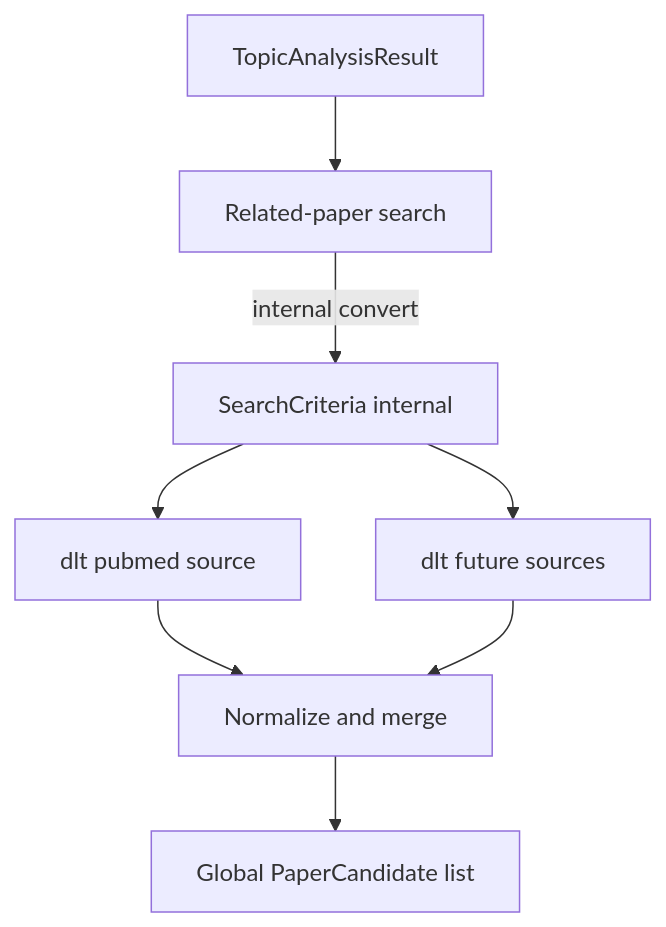
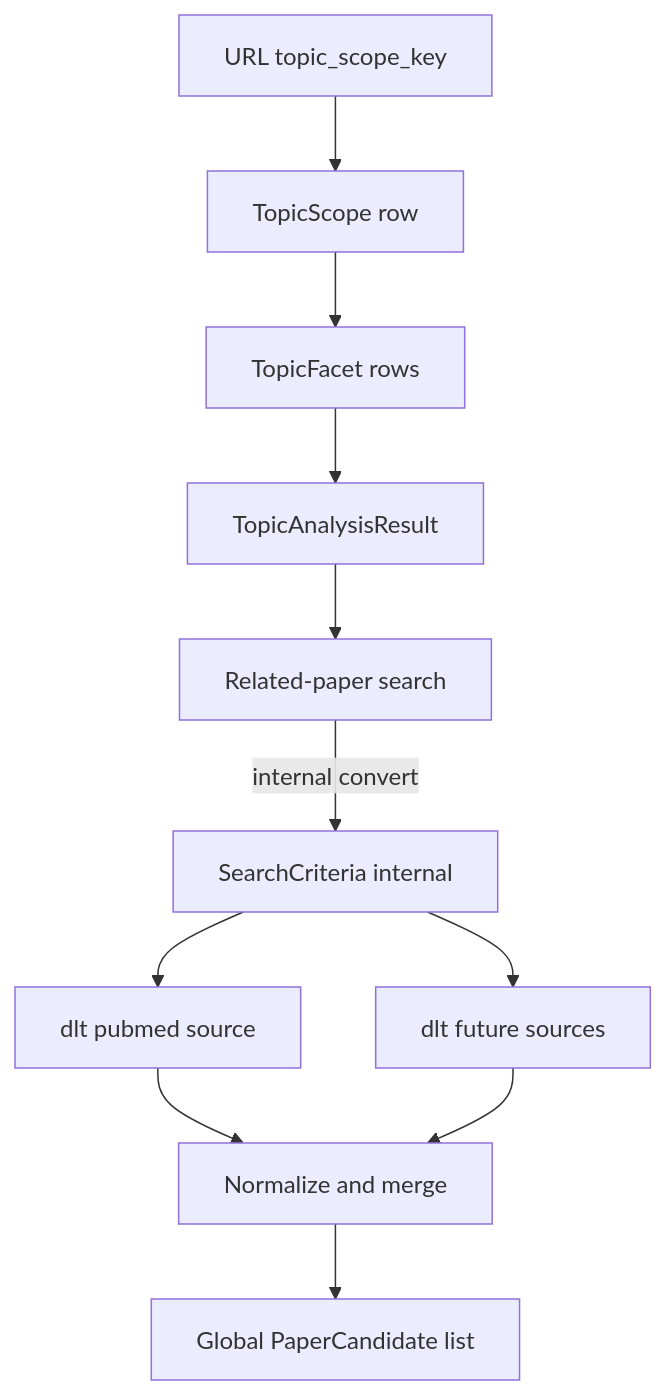
One commit to GustavoRusso/paper-reviewer changed the diagram in docs/specs/2.1-related-paper-search.md. Above: the diagram before and after it, drawn with Mermaid. The commit also changed other lines of this file and 9 other files, not shown here.

Commit message:
review of the 2.1-related-paper-search.md to redefine how it get the required data from the TopicScope + TopicFaced created in previous phase of the workflow

````diff
--- a/docs/specs/2.1-related-paper-search.md
+++ b/docs/specs/2.1-related-paper-search.md
@@ -127,18 +167,24 @@
 ```mermaid
 flowchart TB
+  urlKey[URL topic_scope_key]
+  scopeRow[TopicScope row]
+  facetRows[TopicFacet rows]
   analysis[TopicAnalysisResult]
   workflow[Related-paper search]
   criteria[SearchCriteria internal]
   pubmed[dlt pubmed source]
   other[dlt future sources]
   merge[Normalize and merge]
   out[Global PaperCandidate list]
 
+  urlKey --> scopeRow
+  scopeRow --> facetRows
+  facetRows --> analysis
   analysis --> workflow
   workflow -->|"internal convert"| criteria
   criteria --> pubmed
   criteria --> other
   pubmed --> merge
   other --> merge
   merge --> out
 ```
````
